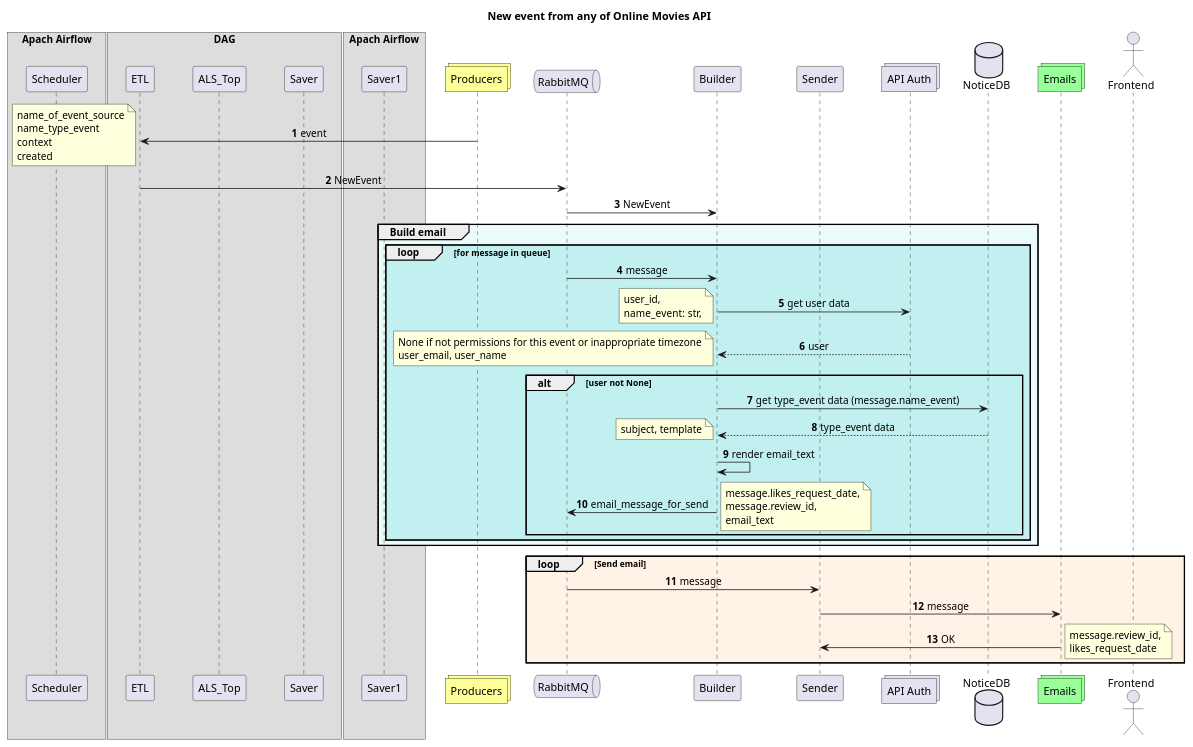
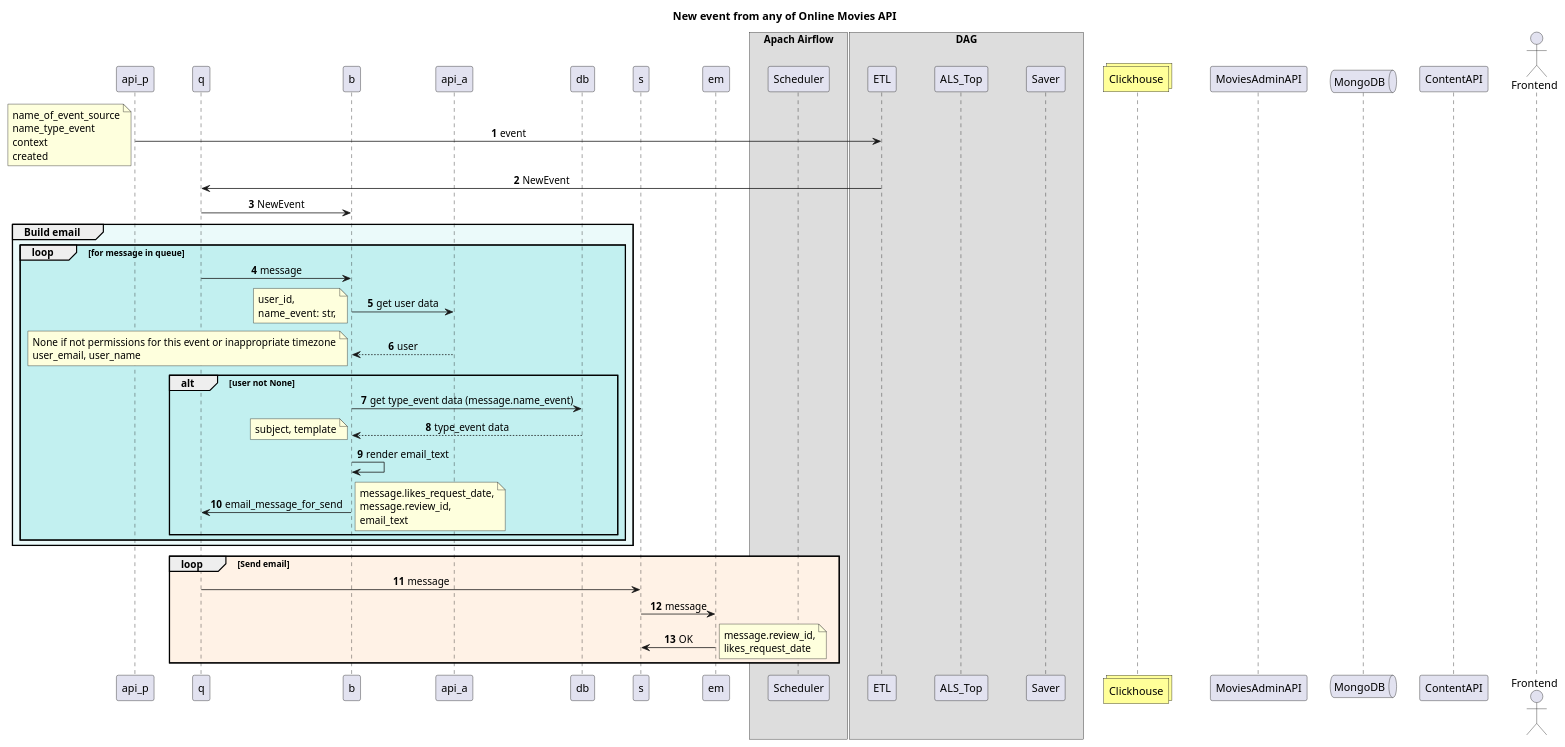
The diagram in schemas/recommender_system.puml (xh4vm/graduate_work), drawn with PlantUML before and after one commit. The commit also changed 17 other files, not shown here.

```diff
--- a/schemas/recommender_system.puml
+++ b/schemas/recommender_system.puml
@@ -1,78 +1,75 @@
 @startuml
 autonumber
 skinparam sequence {
 	ParticipantPadding 20
 	MessageAlign center
+	skinparam BoxPadding 20
 }
 
 title New event from any of Online Movies API
 
 box Apach Airflow
 participant Scheduler as sch order 10
 box DAG
 participant ETL as api_n order 20
 participant ALS_Top as als order 30
 participant Saver as sv order 35
 end box
-participant Saver1 as sv1 order 36
 end box
-collections Producers as api_p order 40 #FFFF99
-queue RabbitMQ as q order 50
-participant Builder as b order 55
-participant Sender as s order 60
-collections "API Auth" as api_a order 70
-database NoticeDB as db order 80
-collections Emails as em order 90 #99FF99
-actor Frontend as frn order 100
+collections Clickhouse as cl order 40 #FFFF99
+participant MoviesAdminAPI as a_api order 41
+queue MongoDB as mng order 50
+participant ContentAPI as c_api order 60
+actor Frontend as frn order 70
 
 api_p -> api_n: event
 note left
 name_of_event_source
 name_type_event
 context
 created
 end note
 api_n -> q: NewEvent
 q -> b: NewEvent
 
 group #ebfafa Build email
 loop #c2f0f0 for message in queue
 q -> b: message
 b -> api_a: get user data
 note left
 user_id,
 name_event: str,
 end note
 return user
 note left
 None if not permissions for this event or inappropriate timezone
 user_email, user_name
 end note
 alt #c2f0f0 user not None
 b -> db: get type_event data (message.name_event)
 return type_event data
 note left
 subject, template
 end note
 b -> b: render email_text
 b -> q: email_message_for_send
 note right
 message.likes_request_date,
 message.review_id,
 email_text
 end note
 end alt
 end loop
 end group
 
 loop #fff2e6 Send email
 q -> s: message
 s -> em: message
 em -> s: OK
 note right
 message.review_id,
 likes_request_date
 end note
 end loop
 
 @enduml
```
